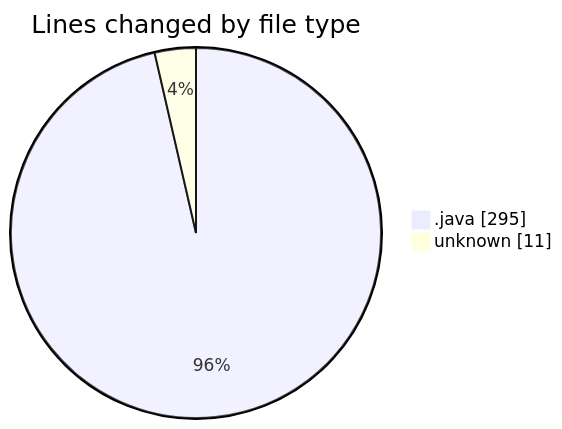
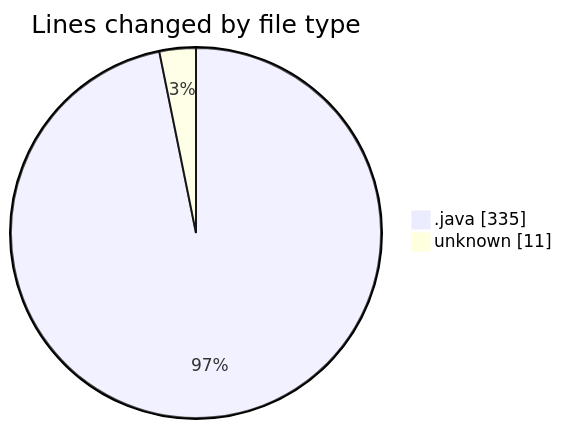
The first of 2 diagrams in 2026-04-27/cilapp/README.md (ricardozamudiocil/code-tracking), drawn with Mermaid before and after one commit. The commit also changed other lines of this file and 1 other file, not shown here.

````diff
--- a/2026-04-27/cilapp/README.md
+++ b/2026-04-27/cilapp/README.md
@@ -21,6 +22,6 @@
 ```mermaid
 pie showData
 title Lines changed by file type
-".java" : 295
+".java" : 335
 "unknown" : 11
 ```
````
